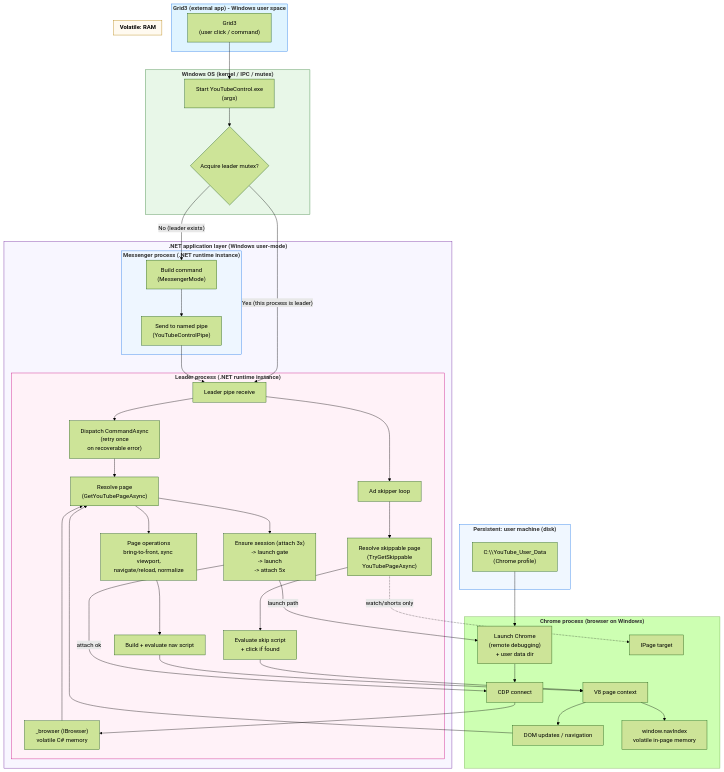
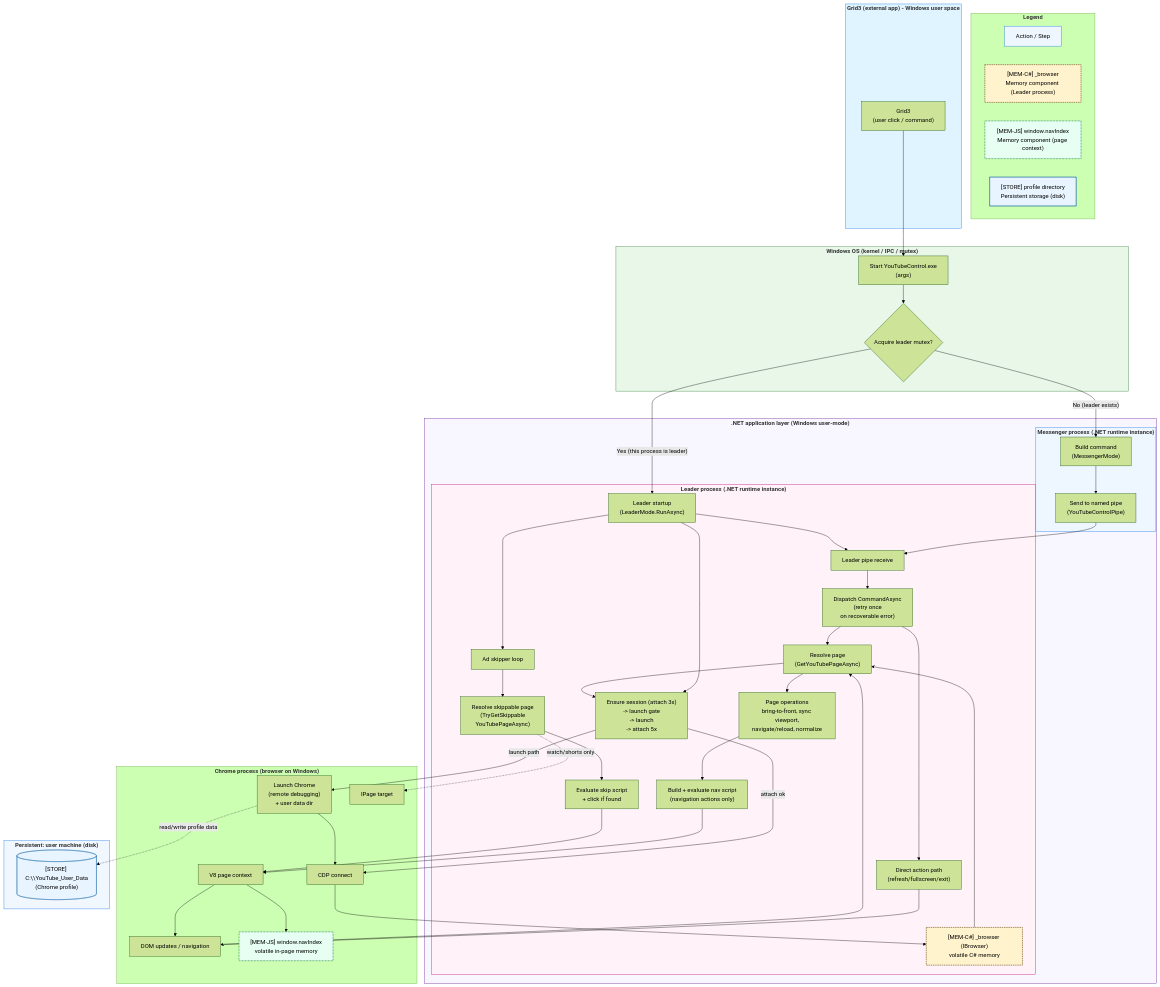
Before and after one commit to ReneDva/Grid3-YouTube-Accessibility-Addon: the second of 2 diagrams in src/SYSTEM_STATE.md, drawn with Mermaid (forest theme). The commit also changed other lines of this file, not shown here.

Commit message:
docs(system-state): refine memory and storage diagram semantics

````diff
--- a/src/SYSTEM_STATE.md
+++ b/src/SYSTEM_STATE.md
@@ -175,5 +175,13 @@
 ```mermaid
 flowchart TD
+  %% Legend for node semantics
+  subgraph DiagramLegend["<b>Legend</b>"]
+    LegendAction["Action / Step"]
+    LegendMemServer["[MEM-C#] _browser\nMemory component (Leader process)"]
+    LegendMemPage["[MEM-JS] window.navIndex\nMemory component (page context)"]
+    LegendStore["[STORE] profile directory\nPersistent storage (disk)"]
+  end
+
   %% Outer groupings
   subgraph Grid3App["<b>Grid3 (external app) - Windows user space</b>"]
     G["Grid3\n(user click / command)"]
@@ -191,13 +199,15 @@
     end
 
     subgraph LeaderRuntimeInstance["<div align='left'><b>Leader process (.NET runtime instance)</b></div>"]
+      LeaderStart["Leader startup\n(LeaderMode.RunAsync)"]
       LeaderPipe["Leader pipe receive"]
       Dispatch["Dispatch CommandAsync\n(retry once\non recoverable error)"]
       ResolvePage["Resolve page\n(GetYouTubePageAsync)"]
       EnsureSession["Ensure session (attach 3x)\n-> launch gate\n-> launch\n-> attach 5x"]
-      BrowserCSharp["_browser (IBrowser)\nvolatile C# memory"]
+      BrowserCSharp["[MEM-C#] _browser (IBrowser)\nvolatile C# memory"]
       PageOps["Page operations\nbring-to-front, sync viewport,\nnavigate/reload, normalize"]
-      Inject["Build + evaluate nav script"]
+      Inject["Build + evaluate nav script\n(navigation actions only)"]
+      DirectOps["Direct action path\n(refresh/fullscreen/exit)"]
 
       AdLoop["Ad skipper loop"]
       AdResolve["Resolve skippable page\n(TryGetSkippable\nYouTubePageAsync)"]
@@ -211,37 +221,48 @@
     Page["IPage target"]
     V8["V8 page context"]
     DOM["DOM updates / navigation"]
-    NavIndex["window.navIndex\nvolatile in-page memory"]
+    NavIndex["[MEM-JS] window.navIndex\nvolatile in-page memory"]
   end
 
   %% Main command flow
   G --> Proc --> Mutex
   Mutex -- "No (leader exists)" --> Msg --> PipeClient --> LeaderPipe
-  Mutex -- "Yes (this process is leader)" --> LeaderPipe
+  Mutex -- "Yes (this process is leader)" --> LeaderStart
+  LeaderStart --> EnsureSession
+  LeaderStart --> LeaderPipe
 
   LeaderPipe --> Dispatch --> ResolvePage --> EnsureSession
   EnsureSession -->|attach ok| Connect
   EnsureSession -->|launch path| Launch --> Connect
   Connect --> BrowserCSharp --> ResolvePage
-  ResolvePage --> PageOps --> Inject --> V8 --> DOM
+  ResolvePage --> PageOps
+  PageOps --> Inject --> V8 --> DOM
+  Dispatch --> DirectOps --> DOM
   V8 --> NavIndex
   DOM --> ResolvePage
 
   %% Ad skipper (separate page-resolution path)
-  LeaderPipe --> AdLoop --> AdResolve --> AdInject --> V8
+  LeaderStart --> AdLoop
+  AdLoop --> AdResolve --> AdInject --> V8
   AdResolve -. "watch/shorts only" .-> Page
 
   %% Storage / persistence
   subgraph PersistentStorage["<b>Persistent: user machine (disk)</b>"]
-    Disk["C:\\YouTube_User_Data\n(Chrome profile)"]
+    Disk[("[STORE] C:\\YouTube_User_Data\n(Chrome profile)")]
   end
 
-  subgraph VolatileMemory["<b>Volatile: RAM</b>"]
-    BrowserCSharp
-    NavIndex
-  end
+  Launch -. "read/write profile data" .-> Disk
 
-  Disk --> Launch
+  %% Memory semantics (not actions)
+  classDef actionNode fill:#eef6ff,stroke:#1a73e8,stroke-width:1px
+  classDef memServerNode fill:#fff3cd,stroke:#8a6d3b,stroke-width:2px,stroke-dasharray: 4 2
+  classDef memPageNode fill:#e6fff2,stroke:#1e7f4f,stroke-width:2px,stroke-dasharray: 2 2
+  classDef storeNode fill:#e8f4ff,stroke:#005a9e,stroke-width:2px,stroke-dasharray: 1 0
+
+  class LegendAction actionNode
+  class BrowserCSharp,LegendMemServer memServerNode
+  class NavIndex,LegendMemPage memPageNode
+  class Disk,LegendStore storeNode
 
   %% Minimal styling for readability
   style Grid3App fill:#dff4ff,stroke:#1a73e8,stroke-width:1px
@@ -250,5 +271,4 @@
   style MessengerRuntimeInstance fill:#eef6ff,stroke:#1a73e8,stroke-width:1px
   style LeaderRuntimeInstance fill:#fff2f8,stroke:#c6007e,stroke-width:1px
   style PersistentStorage fill:#f0f7ff,stroke:#1a73e8,stroke-width:1px
-  style VolatileMemory fill:#fffaf0,stroke:#b37f00,stroke-width:1px
 ```
````
